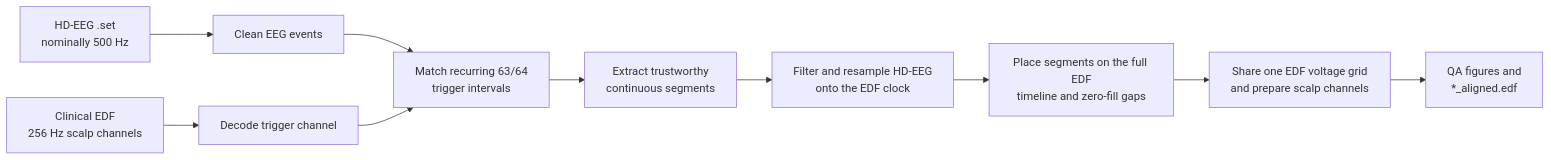
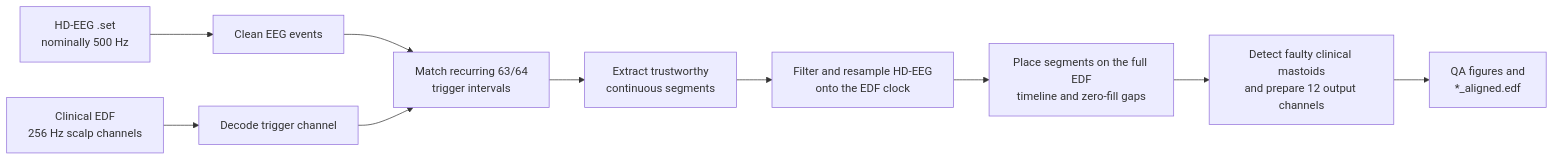
Before and after one commit to mh105/SleepLab_trigger_alignment: the diagram in README.md, drawn with Mermaid. The commit also changed other lines of this file and 18 other files, not shown here.

Commit message:
enh: allow faulty clinical M1M2E1E2

````diff
--- a/README.md
+++ b/README.md
@@ -31,12 +32,12 @@
 ```mermaid
 flowchart LR
     A["HD-EEG .set<br/>nominally 500 Hz"] --> C["Clean EEG events"]
     B["Clinical EDF<br/>256 Hz scalp channels"] --> D["Decode trigger channel"]
     C --> E["Match recurring 63/64<br/>trigger intervals"]
     D --> E
     E --> F["Extract trustworthy<br/>continuous segments"]
     F --> G["Filter and resample HD-EEG<br/>onto the EDF clock"]
     G --> H["Place segments on the full EDF<br/>timeline and zero-fill gaps"]
-    H --> I["Share one EDF voltage grid<br/>and prepare scalp channels"]
+    H --> I["Detect faulty clinical mastoids<br/>and prepare 12 output channels"]
     I --> J["QA figures and<br/>*_aligned.edf"]
 ```
````
